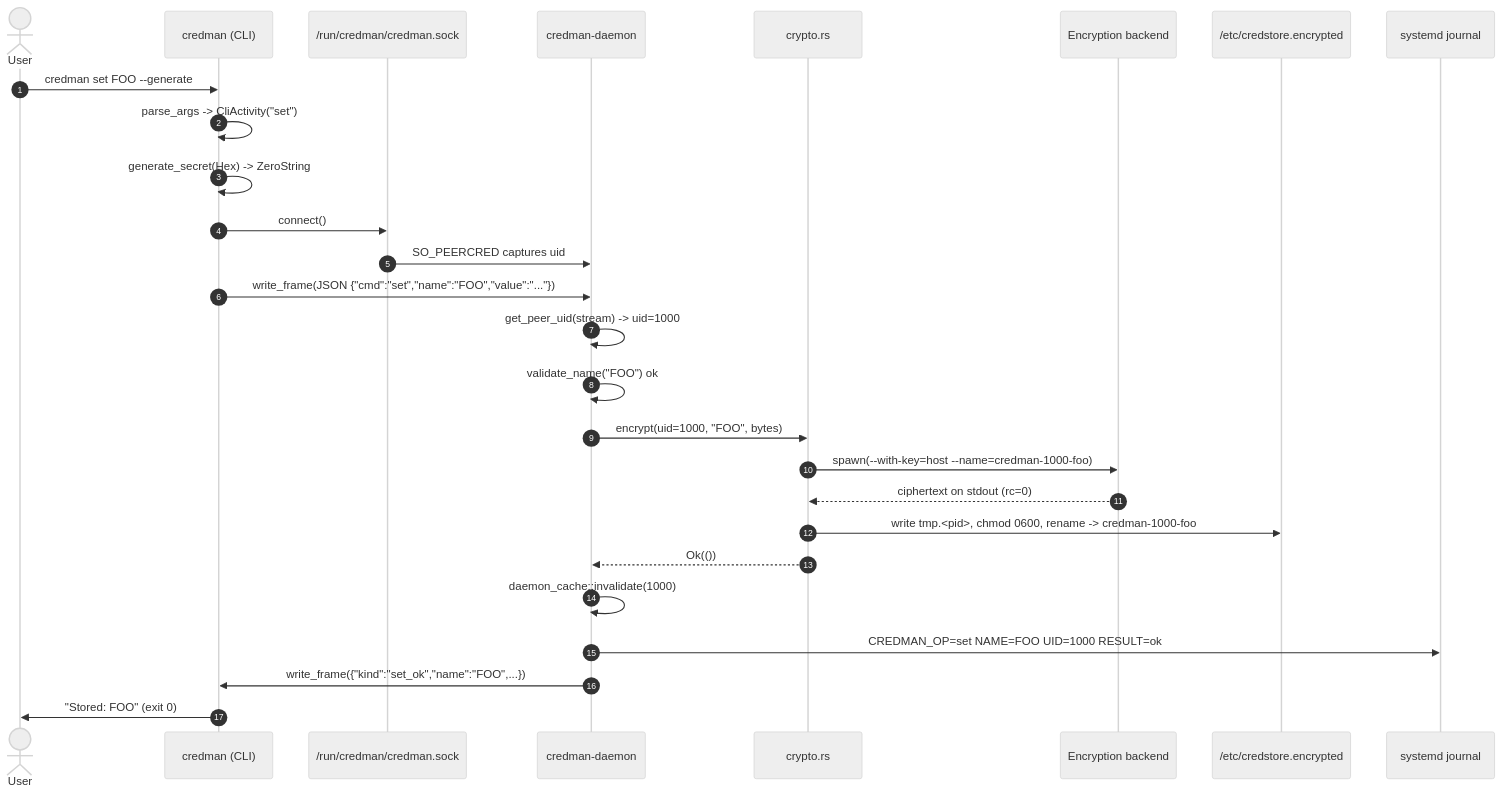
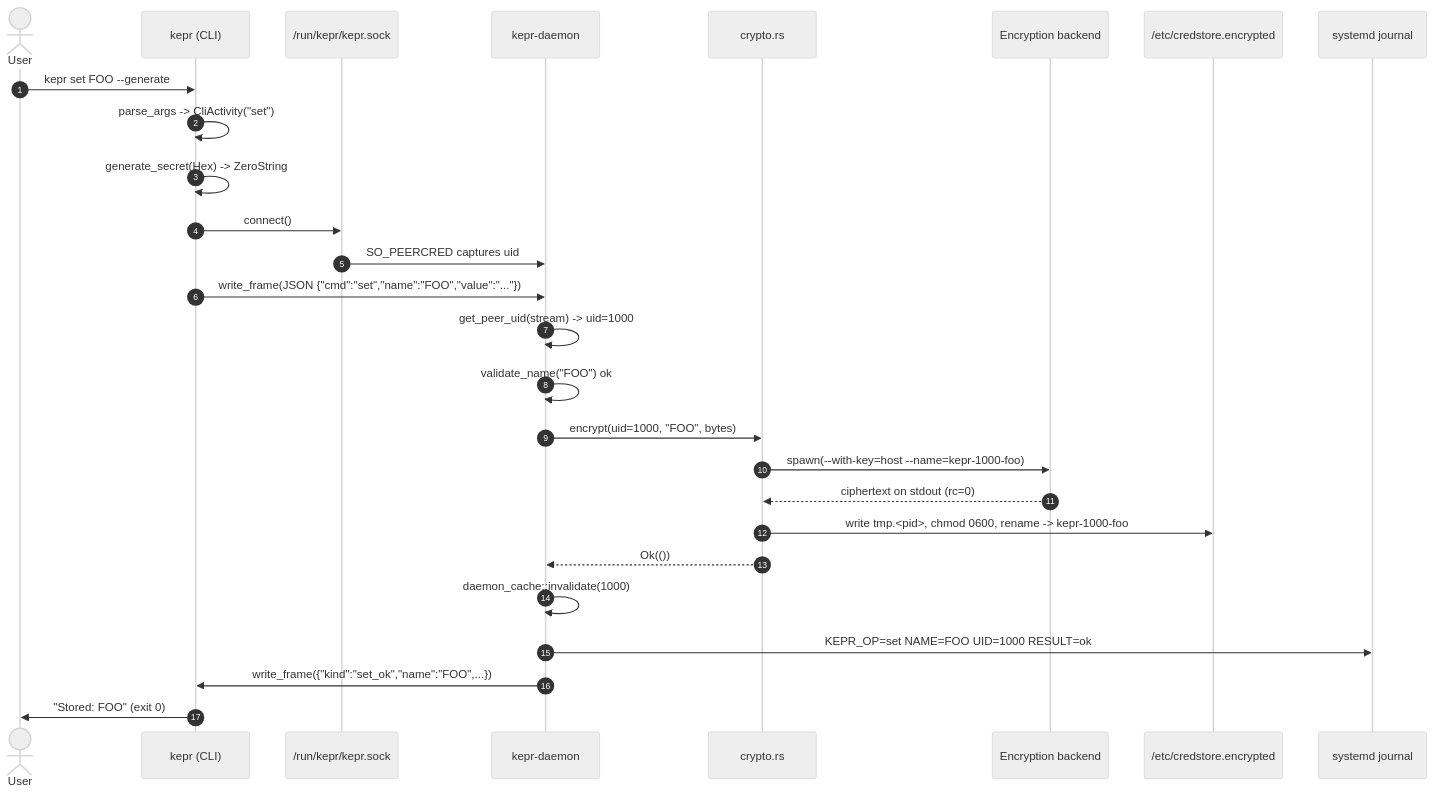
The first of 5 diagrams in docs/content/docs/architecture/sequence-diagrams.mdx (justdoGIT/kepr), drawn with Mermaid (neutral theme) before and after one commit. The commit also changed other lines of this file and 14 other files, not shown here.

Commit message:
docs: rename fumadocs site to kepr

````diff
--- a/docs/content/docs/architecture/sequence-diagrams.mdx
+++ b/docs/content/docs/architecture/sequence-diagrams.mdx
@@ -8,30 +8,30 @@
 ```mermaid
 sequenceDiagram
     autonumber
     actor U as User
-    participant CLI as credman (CLI)
-    participant SOCK as /run/credman/credman.sock
-    participant D as credman-daemon
+    participant CLI as kepr (CLI)
+    participant SOCK as /run/kepr/kepr.sock
+    participant D as kepr-daemon
     participant CR as crypto.rs
     participant BE as Encryption backend
     participant FS as /etc/credstore.encrypted
     participant J as systemd journal
 
-    U->>CLI: credman set FOO --generate
+    U->>CLI: kepr set FOO --generate
     CLI->>CLI: parse_args -> CliActivity("set")
     CLI->>CLI: generate_secret(Hex) -> ZeroString
     CLI->>SOCK: connect()
     SOCK->>D: SO_PEERCRED captures uid
     CLI->>D: write_frame(JSON {"cmd":"set","name":"FOO","value":"..."})
     D->>D: get_peer_uid(stream) -> uid=1000
     D->>D: validate_name("FOO") ok
     D->>CR: encrypt(uid=1000, "FOO", bytes)
-    CR->>BE: spawn(--with-key=host --name=credman-1000-foo)
+    CR->>BE: spawn(--with-key=host --name=kepr-1000-foo)
     BE-->>CR: ciphertext on stdout (rc=0)
-    CR->>FS: write tmp.<pid>, chmod 0600, rename -> credman-1000-foo
+    CR->>FS: write tmp.<pid>, chmod 0600, rename -> kepr-1000-foo
     CR-->>D: Ok(())
     D->>D: daemon_cache::invalidate(1000)
-    D->>J: CREDMAN_OP=set NAME=FOO UID=1000 RESULT=ok
+    D->>J: KEPR_OP=set NAME=FOO UID=1000 RESULT=ok
     D->>CLI: write_frame({"kind":"set_ok","name":"FOO",...})
     CLI->>U: "Stored: FOO"  (exit 0)
 ```
````
